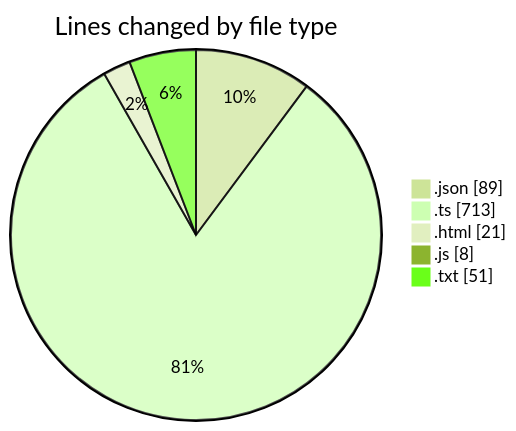
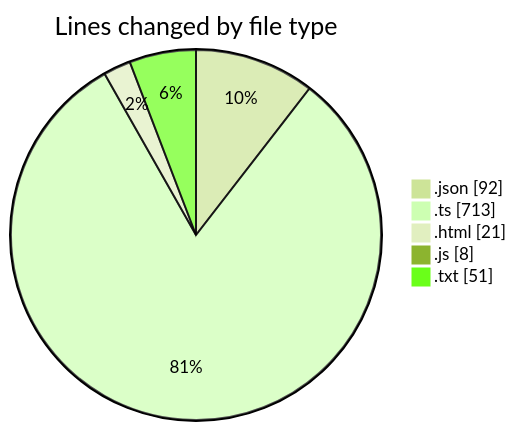
The first of 2 diagrams in 2026-02-02/singularitybrainai/README.md (tmsrecording-cyber/code-tracking), drawn with Mermaid (forest theme) before and after one commit. The commit also changed other lines of this file and 1 other file, not shown here.

````diff
--- a/2026-02-02/singularitybrainai/README.md
+++ b/2026-02-02/singularitybrainai/README.md
@@ -28,9 +28,9 @@
 ```mermaid
 pie showData
 title Lines changed by file type
-".json" : 89
+".json" : 92
 ".ts" : 713
 ".html" : 21
 ".js" : 8
 ".txt" : 51
 ```
````
